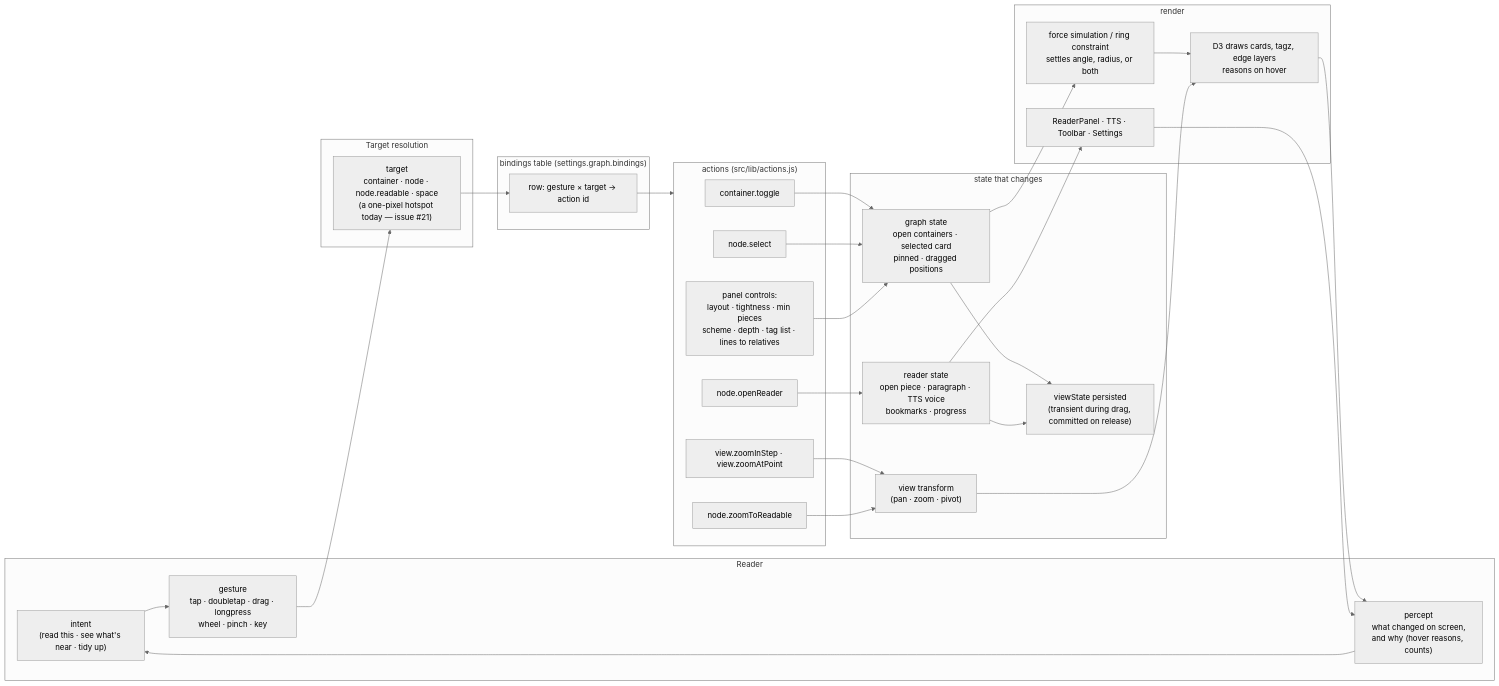
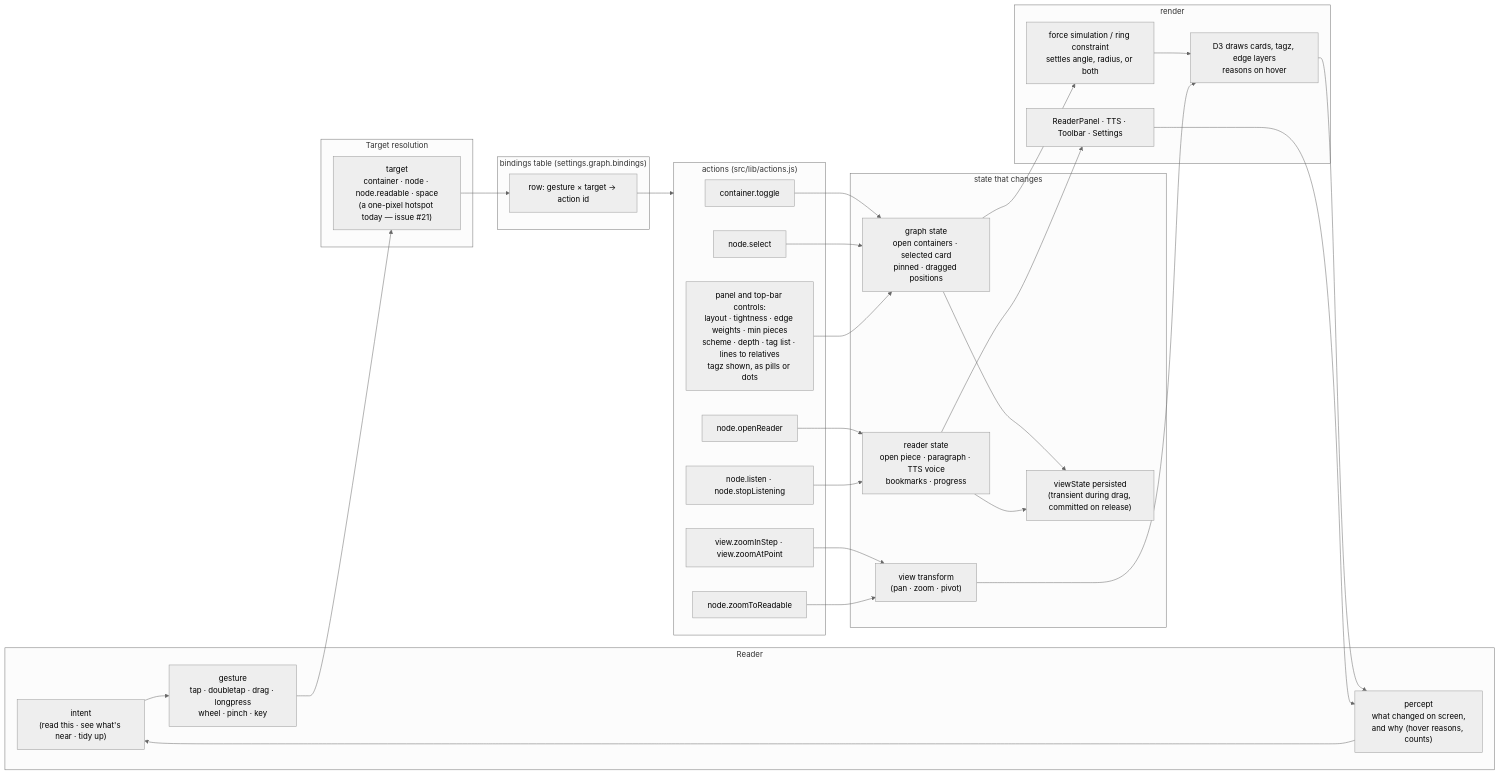
Before and after one commit to halapenyoharry/post-pipe: the second of 3 diagrams in docs/SYSTEMS-GRAPH.md, drawn with Mermaid (neutral theme). The commit also changed other lines of this file and 14 other files, not shown here.

````diff
--- a/docs/SYSTEMS-GRAPH.md
+++ b/docs/SYSTEMS-GRAPH.md
@@ -81,52 +83,54 @@
 ```mermaid
 flowchart LR
   subgraph READER["Reader"]
     intent["intent<br/>(read this · see what's near · tidy up)"]
     gesture["gesture<br/>tap · doubletap · drag · longpress<br/>wheel · pinch · key"]
     percept["percept<br/>what changed on screen,<br/>and why (hover reasons, counts)"]
   end
 
   subgraph RESOLVE["Target resolution"]
     target["target<br/>container · node · node.readable · space<br/>(a one-pixel hotspot today — issue #21)"]
   end
 
   subgraph TABLE["bindings table  (settings.graph.bindings)"]
     row["row: gesture × target → action id"]
   end
 
   subgraph ACTIONS["actions (src/lib/actions.js)"]
     a1["container.toggle"]
     a2["view.zoomInStep · view.zoomAtPoint"]
     a3["node.zoomToReadable"]
     a4["node.openReader"]
     a5["node.select"]
-    a6["panel controls:<br/>layout · tightness · min pieces<br/>scheme · depth · tag list · lines to relatives"]
+    a7["node.listen · node.stopListening"]
+    a6["panel and top-bar controls:<br/>layout · tightness · edge weights · min pieces<br/>scheme · depth · tag list · lines to relatives<br/>tagz shown, as pills or dots"]
   end
 
   subgraph STATE["state that changes"]
     view["view transform<br/>(pan · zoom · pivot)"]
     graphst["graph state<br/>open containers · selected card<br/>pinned · dragged positions"]
     reader["reader state<br/>open piece · paragraph · TTS voice<br/>bookmarks · progress"]
     vs2["viewState persisted<br/>(transient during drag, committed on release)"]
   end
 
   subgraph RENDER["render"]
     sim["force simulation / ring constraint<br/>settles angle, radius, or both"]
     draw["D3 draws cards, tagz, edge layers<br/>reasons on hover"]
     panel["ReaderPanel · TTS · Toolbar · Settings"]
   end
 
   intent --> gesture --> target --> row --> ACTIONS
   a1 & a5 --> graphst
   a2 & a3 --> view
   a4 --> reader
+  a7 --> reader
   a6 --> graphst
   graphst --> vs2
   reader --> vs2
   graphst --> sim --> draw
   view --> draw
   reader --> panel
   draw --> percept
   panel --> percept
   percept --> intent
 ```
````
